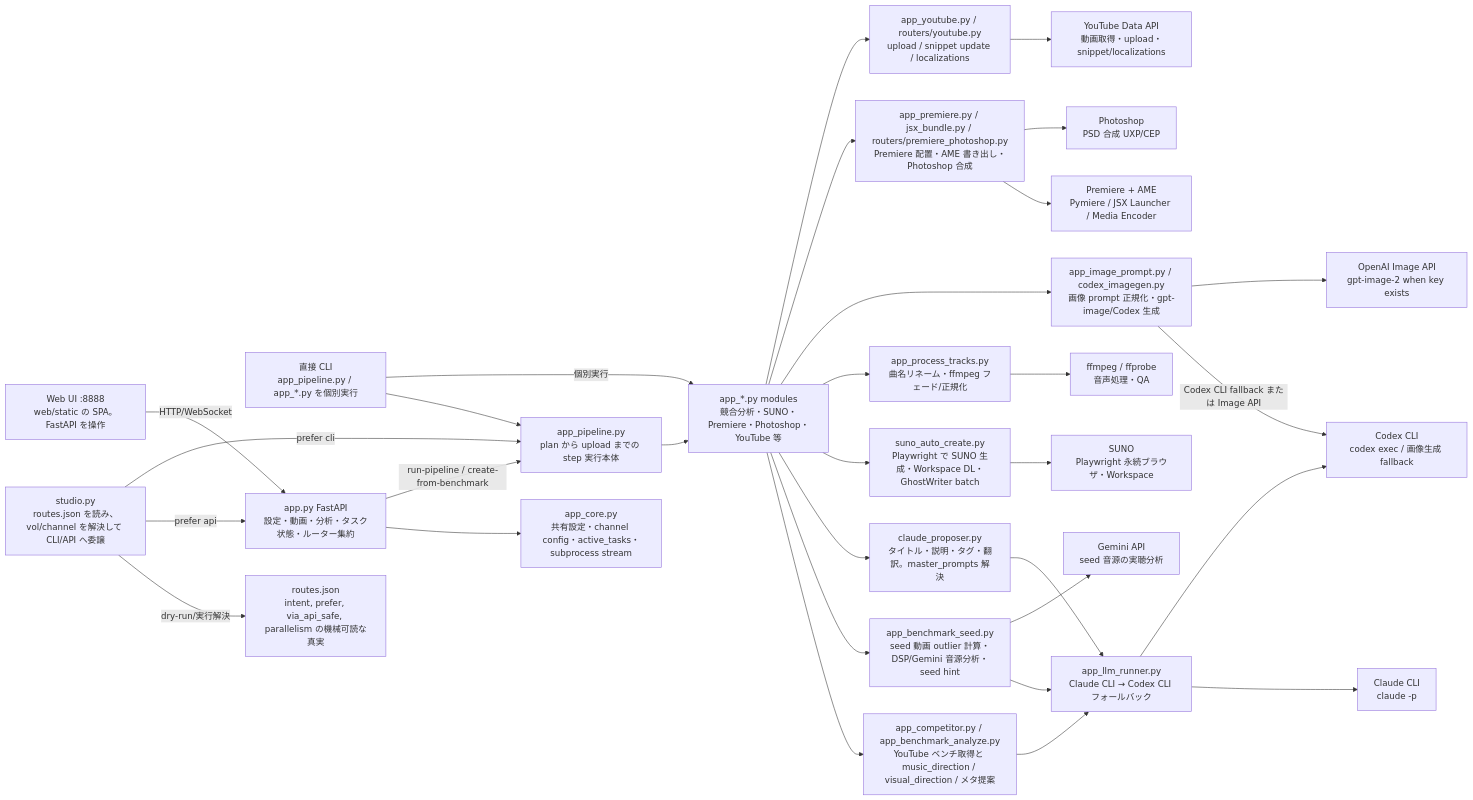
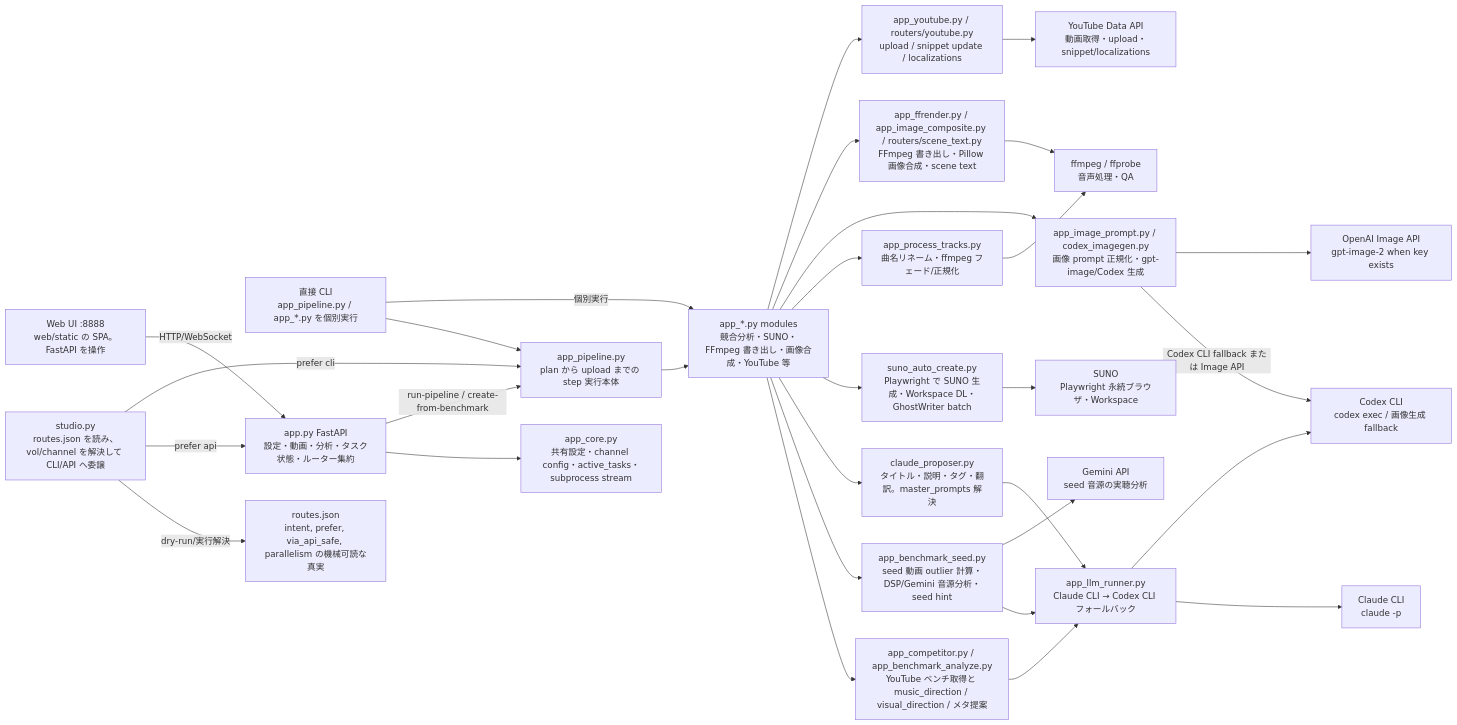
One commit to caruxx/automation-studio changed the first of 4 diagrams in docs/ARCHITECTURE_MAP.md. Above: the diagram before and after it, drawn with Mermaid. The commit also changed other lines of this file and 38 other files, not shown here.

````diff
--- a/docs/ARCHITECTURE_MAP.md
+++ b/docs/ARCHITECTURE_MAP.md
@@ -7,55 +9,54 @@
 ```mermaid
 flowchart LR
   %% 入口: AI/人間の正規入口は studio.py。Web UI と直接 CLI も存在する。
   Studio["studio.py<br/>routes.json を読み、vol/channel を解決して CLI/API へ委譲"]
   WebUI["Web UI :8888<br/>web/static の SPA。FastAPI を操作"]
   DirectCLI["直接 CLI<br/>app_pipeline.py / app_*.py を個別実行"]
 
   App["app.py FastAPI<br/>設定・動画・分析・タスク状態・ルーター集約"]
   Routes["routes.json<br/>intent, prefer, via_api_safe, parallelism の機械可読な真実"]
   Core["app_core.py<br/>共有設定・channel config・active_tasks・subprocess stream"]
   Pipeline["app_pipeline.py<br/>plan から upload までの step 実行本体"]
 
   Studio -->|"dry-run/実行解決"| Routes
   Studio -->|"prefer api"| App
   Studio -->|"prefer cli"| Pipeline
   WebUI -->|"HTTP/WebSocket"| App
   DirectCLI --> Pipeline
-  DirectCLI -->|"個別実行"| Modules["app_*.py modules<br/>競合分析・SUNO・Premiere・Photoshop・YouTube 等"]
+  DirectCLI -->|"個別実行"| Modules["app_*.py modules<br/>競合分析・SUNO・FFmpeg 書き出し・画像合成・YouTube 等"]
   App --> Core
   App -->|"run-pipeline / create-from-benchmark"| Pipeline
   Pipeline --> Modules
 
   Analysis["app_competitor.py / app_benchmark_analyze.py<br/>YouTube ベンチ取得と music_direction / visual_direction / メタ提案"]
   Seed["app_benchmark_seed.py<br/>seed 動画 outlier 計算・DSP/Gemini 音源分析・seed hint"]
   Proposer["claude_proposer.py<br/>タイトル・説明・タグ・翻訳。master_prompts 解決"]
   LLM["app_llm_runner.py<br/>Claude CLI → Codex CLI フォールバック"]
   Suno["suno_auto_create.py<br/>Playwright で SUNO 生成・Workspace DL・GhostWriter batch"]
   Tracks["app_process_tracks.py<br/>曲名リネーム・ffmpeg フェード/正規化"]
   ImagePrompt["app_image_prompt.py / codex_imagegen.py<br/>画像 prompt 正規化・gpt-image/Codex 生成"]
-  Premiere["app_premiere.py / jsx_bundle.py / routers/premiere_photoshop.py<br/>Premiere 配置・AME 書き出し・Photoshop 合成"]
+  Render["app_ffrender.py / app_image_composite.py / routers/scene_text.py<br/>FFmpeg 書き出し・Pillow 画像合成・scene text"]
   YouTube["app_youtube.py / routers/youtube.py<br/>upload / snippet update / localizations"]
 
   Modules --> Analysis
   Modules --> Seed
   Modules --> Proposer
   Modules --> Suno
   Modules --> Tracks
   Modules --> ImagePrompt
-  Modules --> Premiere
+  Modules --> Render
   Modules --> YouTube
   Analysis --> LLM
   Seed --> LLM
   Proposer --> LLM
   ImagePrompt -->|"Codex CLI fallback または Image API"| CodexCLI["Codex CLI<br/>codex exec / 画像生成 fallback"]
   LLM --> ClaudeCLI["Claude CLI<br/>claude -p"]
   LLM --> CodexCLI
 
   Suno --> SunoExt["SUNO<br/>Playwright 永続ブラウザ・Workspace"]
   YouTube --> YouTubeAPI["YouTube Data API<br/>動画取得・upload・snippet/localizations"]
   Seed --> Gemini["Gemini API<br/>seed 音源の実聴分析"]
-  Premiere --> PremiereExt["Premiere + AME<br/>Pymiere / JSX Launcher / Media Encoder"]
-  Premiere --> PhotoshopExt["Photoshop<br/>PSD 合成 UXP/CEP"]
+  Render --> FFmpeg
   Tracks --> FFmpeg["ffmpeg / ffprobe<br/>音声処理・QA"]
   ImagePrompt --> OpenAIImage["OpenAI Image API<br/>gpt-image-2 when key exists"]
 ```
````
